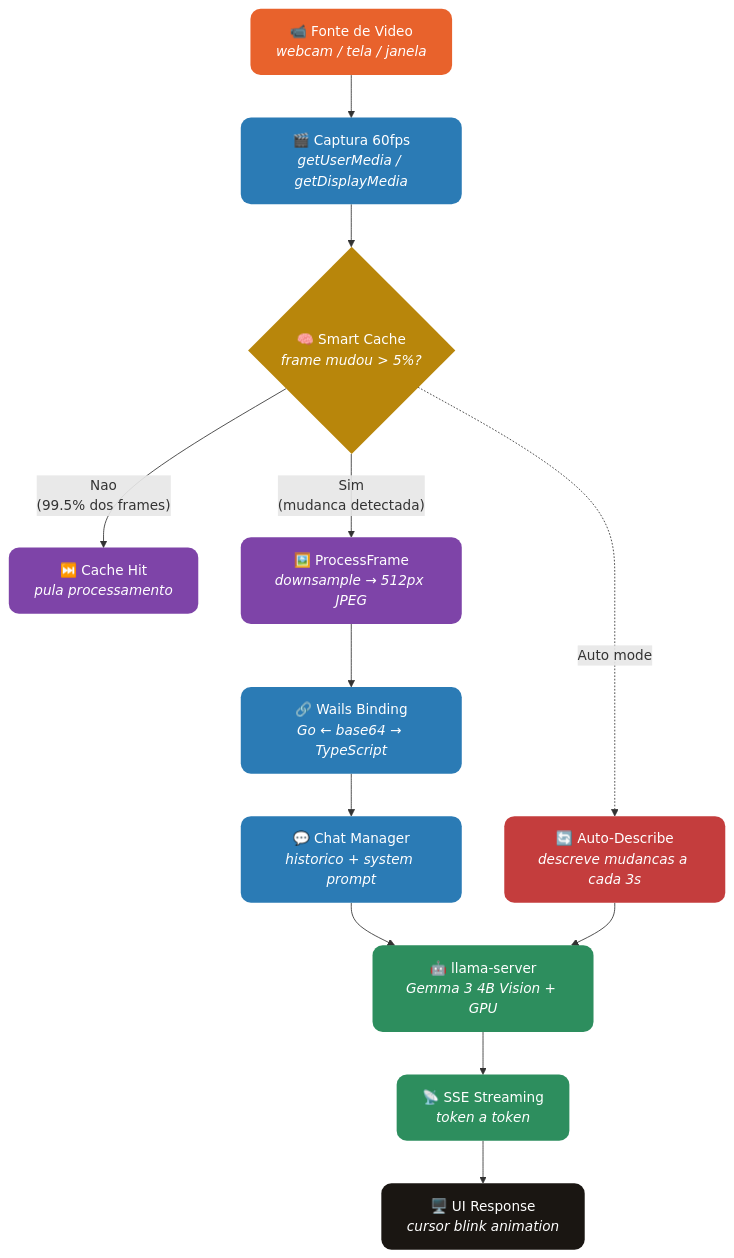
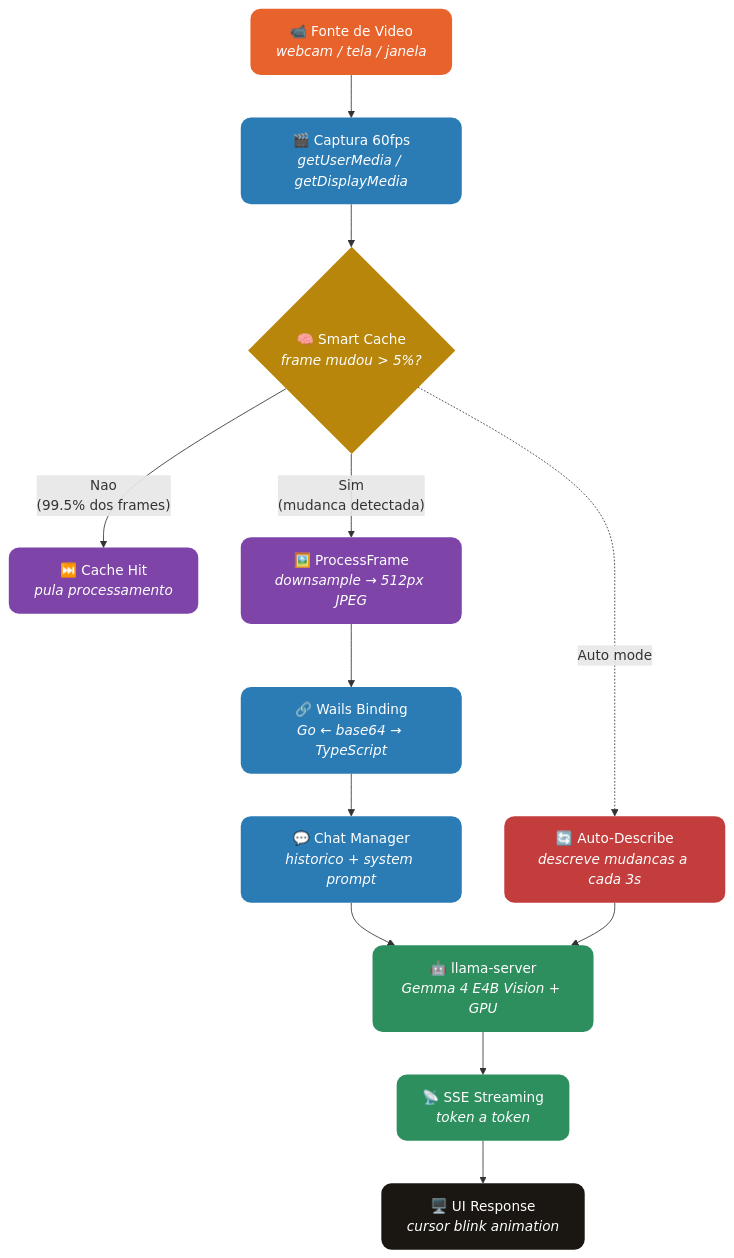
The diagram in README.md (JohnPitter/vision-chat), drawn with Mermaid before and after one commit. The commit also changed other lines of this file and 3 other files, not shown here.

````diff
--- a/README.md
+++ b/README.md
@@ -48,38 +48,38 @@
 ```mermaid
 graph TD
     SOURCE["📹 Fonte de Video<br/><i>webcam / tela / janela</i>"]
     CAPTURE["🎬 Captura 60fps<br/><i>getUserMedia / getDisplayMedia</i>"]
     CACHE{"🧠 Smart Cache<br/><i>frame mudou > 5%?</i>"}
     SKIP["⏭️ Cache Hit<br/><i>pula processamento</i>"]
     PROCESS["🖼️ ProcessFrame<br/><i>downsample → 512px JPEG</i>"]
     WAILS["🔗 Wails Binding<br/><i>Go ← base64 → TypeScript</i>"]
     CHAT["💬 Chat Manager<br/><i>historico + system prompt</i>"]
-    LLAMA["🤖 llama-server<br/><i>Gemma 3 4B Vision + GPU</i>"]
+    LLAMA["🤖 llama-server<br/><i>Gemma 4 E4B Vision + GPU</i>"]
     STREAM["📡 SSE Streaming<br/><i>token a token</i>"]
     UI["🖥️ UI Response<br/><i>cursor blink animation</i>"]
     AUTO["🔄 Auto-Describe<br/><i>descreve mudancas a cada 3s</i>"]
 
     SOURCE --> CAPTURE
     CAPTURE --> CACHE
     CACHE -->|"Nao<br/>(99.5% dos frames)"| SKIP
     CACHE -->|"Sim<br/>(mudanca detectada)"| PROCESS
     PROCESS --> WAILS
     WAILS --> CHAT
     CHAT --> LLAMA
     LLAMA --> STREAM
     STREAM --> UI
     CACHE -.->|"Auto mode"| AUTO
     AUTO --> LLAMA
 
     style SOURCE fill:#E8622C,color:#fff,stroke:none,rx:12
     style CAPTURE fill:#2B7BB5,color:#fff,stroke:none,rx:12
     style CACHE fill:#B8860B,color:#fff,stroke:none
     style SKIP fill:#7E44A8,color:#fff,stroke:none,rx:12
     style PROCESS fill:#7E44A8,color:#fff,stroke:none,rx:12
     style WAILS fill:#2B7BB5,color:#fff,stroke:none,rx:12
     style CHAT fill:#2B7BB5,color:#fff,stroke:none,rx:12
     style LLAMA fill:#2D8E5E,color:#fff,stroke:none,rx:12
     style STREAM fill:#2D8E5E,color:#fff,stroke:none,rx:12
     style UI fill:#1A1612,color:#fff,stroke:none,rx:12
     style AUTO fill:#C43D3D,color:#fff,stroke:none,rx:12
 ```
````
